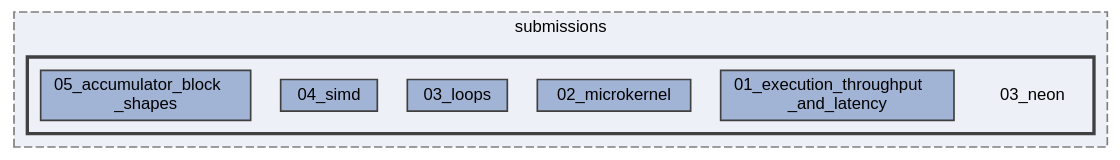
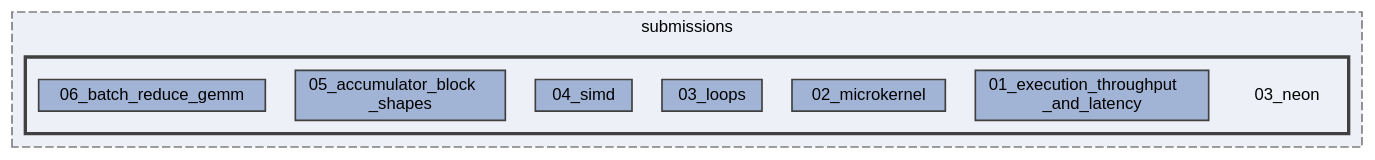
Before and after one commit to Shad00Z/machine-learning-compilers: the diagram in dir_b2c563f7bf427f5a0c17c9a95cb1f2fd_dep.dot, drawn with Graphviz. The commit also changed 8 other files, not shown here.

```diff
--- a/dir_b2c563f7bf427f5a0c17c9a95cb1f2fd_dep.dot
+++ b/dir_b2c563f7bf427f5a0c17c9a95cb1f2fd_dep.dot
@@ -1,20 +1,21 @@
 digraph "/home/runner/work/machine-learning-compilers/machine-learning-compilers/src/submissions/03_neon"
 {
  // LATEX_PDF_SIZE
   bgcolor="transparent";
   edge [fontname=Helvetica,fontsize=10,labelfontname=Helvetica,labelfontsize=10];
   node [fontname=Helvetica,fontsize=10,shape=box,height=0.2,width=0.4];
   compound=true
   subgraph clusterdir_89b09214c7b8767e580eb9d0667695f6 {
     graph [ bgcolor="#edf0f7", pencolor="grey50", label="submissions", fontname=Helvetica,fontsize=10 style="filled,dashed", URL="dir_89b09214c7b8767e580eb9d0667695f6.html",tooltip=""]
   subgraph clusterdir_b2c563f7bf427f5a0c17c9a95cb1f2fd {
     graph [ bgcolor="#edf0f7", pencolor="grey25", label="", fontname=Helvetica,fontsize=10 style="filled,bold", URL="dir_b2c563f7bf427f5a0c17c9a95cb1f2fd.html",tooltip=""]
     dir_b2c563f7bf427f5a0c17c9a95cb1f2fd [shape=plaintext, label="03_neon"];
   dir_db0c44b6c99babc115391fee31ffffd2 [label="01_execution_throughput\l_and_latency", fillcolor="#a2b4d6", color="grey25", style="filled", URL="dir_db0c44b6c99babc115391fee31ffffd2.html",tooltip=""];
   dir_e6eb231c0e4101fda6c4d8d8fac3babc [label="02_microkernel", fillcolor="#a2b4d6", color="grey25", style="filled", URL="dir_e6eb231c0e4101fda6c4d8d8fac3babc.html",tooltip=""];
   dir_fdaeb624d648c5eadf33e2657c6f49fc [label="03_loops", fillcolor="#a2b4d6", color="grey25", style="filled", URL="dir_fdaeb624d648c5eadf33e2657c6f49fc.html",tooltip=""];
   dir_1bbf329644173ab09491115de8dab028 [label="04_simd", fillcolor="#a2b4d6", color="grey25", style="filled", URL="dir_1bbf329644173ab09491115de8dab028.html",tooltip=""];
   dir_3574dc578a2032e7bffd7af1f5b71dbd [label="05_accumulator_block\l_shapes", fillcolor="#a2b4d6", color="grey25", style="filled", URL="dir_3574dc578a2032e7bffd7af1f5b71dbd.html",tooltip=""];
+  dir_f78ac28d176dc5803113e6f9814f5964 [label="06_batch_reduce_gemm", fillcolor="#a2b4d6", color="grey25", style="filled", URL="dir_f78ac28d176dc5803113e6f9814f5964.html",tooltip=""];
   }
   }
 }
```
